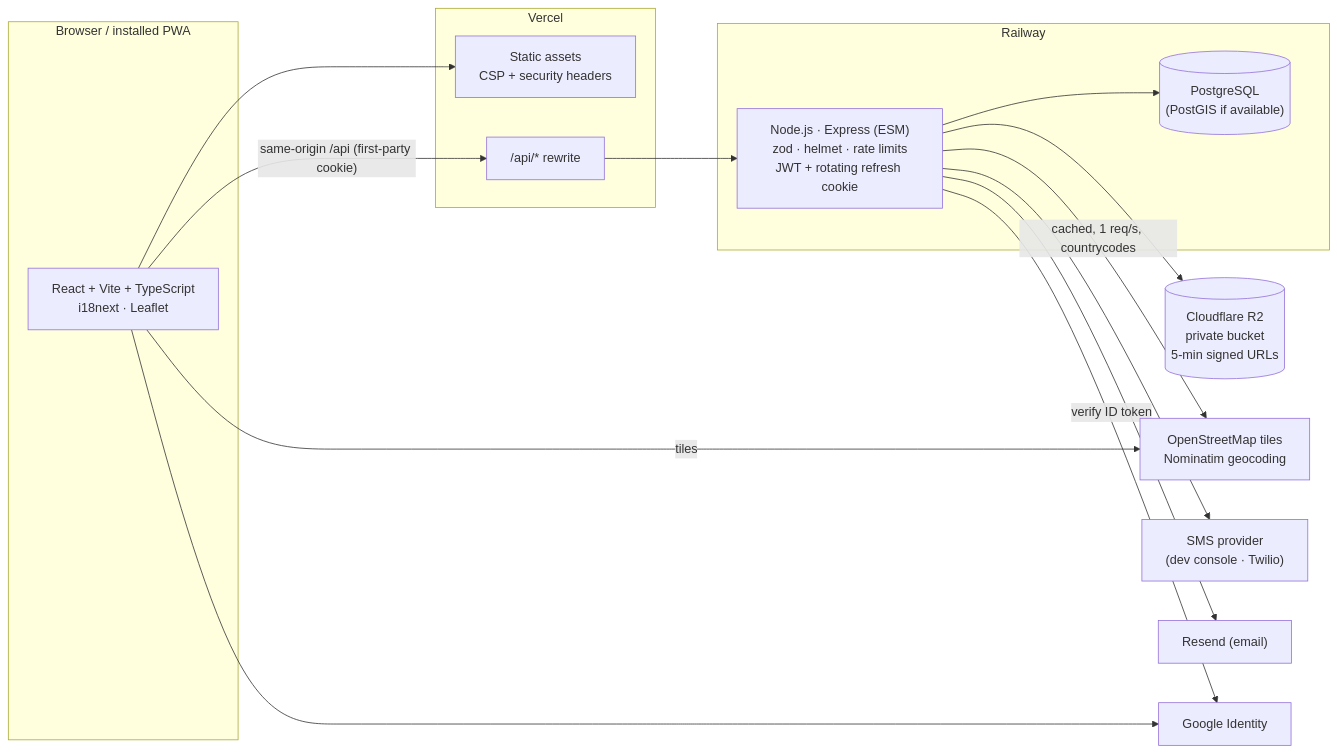
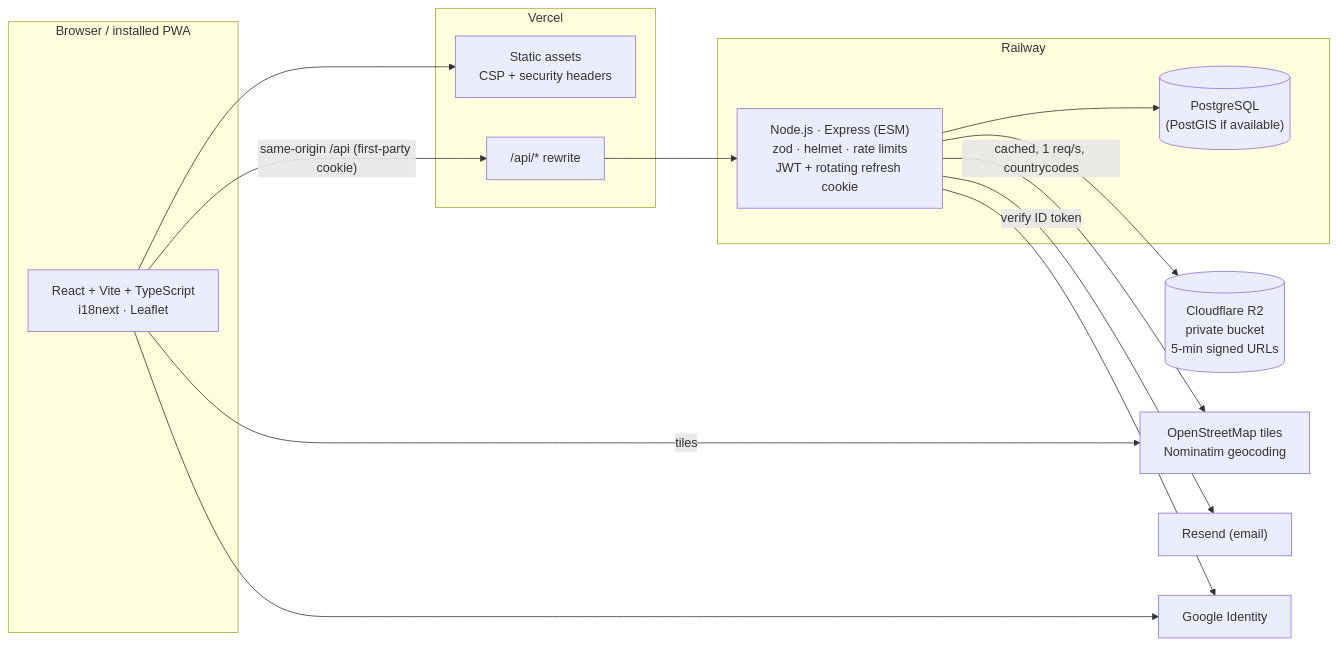
One commit to shanu222/Lost-and-Found changed the diagram in README.md. Above: the diagram before and after it, drawn with Mermaid. The commit also changed other lines of this file and 44 other files, not shown here.

````diff
--- a/README.md
+++ b/README.md
@@ -45,30 +45,28 @@
 ```mermaid
 flowchart LR
   subgraph Browser["Browser / installed PWA"]
     SPA["React + Vite + TypeScript<br/>i18next · Leaflet"]
   end
   subgraph Vercel
     Static["Static assets<br/>CSP + security headers"]
     Rewrite["/api/* rewrite"]
   end
   subgraph Railway
     API["Node.js · Express (ESM)<br/>zod · helmet · rate limits<br/>JWT + rotating refresh cookie"]
     PG[("PostgreSQL<br/>(PostGIS if available)")]
   end
   R2[("Cloudflare R2<br/>private bucket<br/>5-min signed URLs")]
   OSM["OpenStreetMap tiles<br/>Nominatim geocoding"]
-  SMS["SMS provider<br/>(dev console · Twilio)"]
   Mail["Resend (email)"]
   Google["Google Identity"]
 
   SPA --> Static
   SPA -->|"same-origin /api (first-party cookie)"| Rewrite --> API
   API --> PG
   API --> R2
   API -->|"cached, 1 req/s, countrycodes"| OSM
   SPA -->|tiles| OSM
-  API --> SMS
   API --> Mail
   SPA --> Google
   API -->|verify ID token| Google
 ```
````
